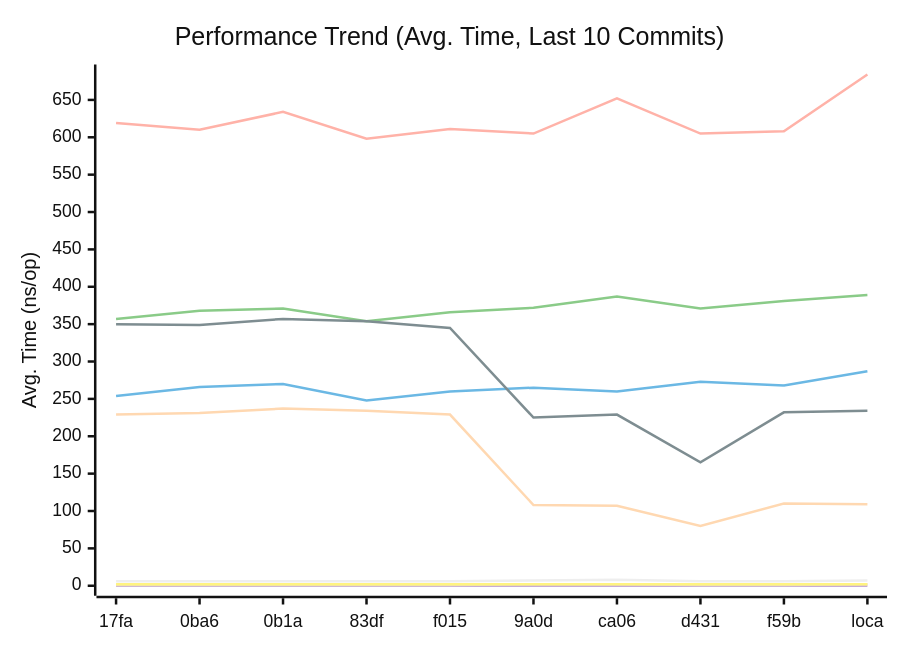
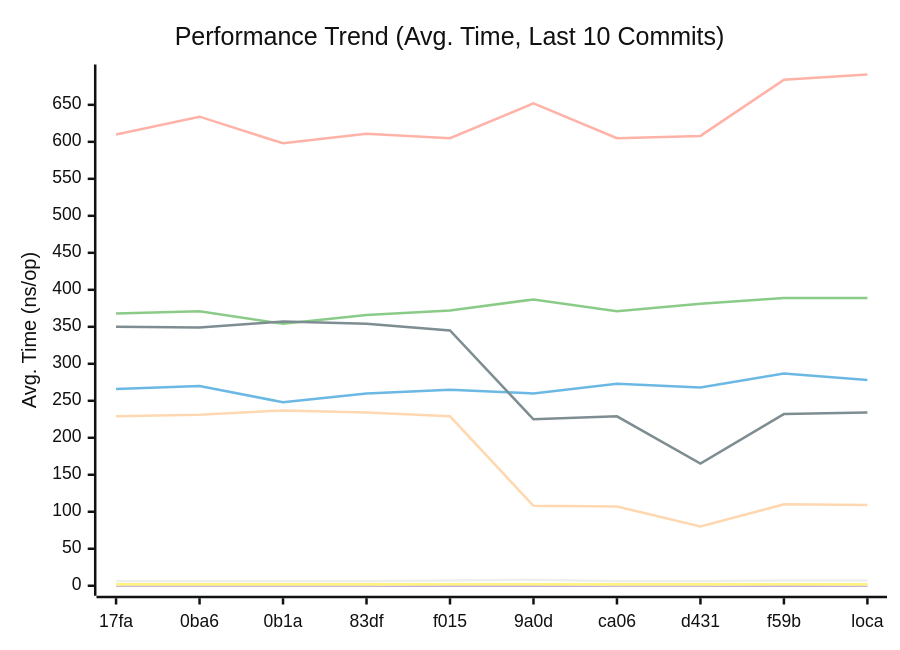
Before and after one commit to alsotoes/momo: the first of 3 diagrams in docs/PERFORMANCE.md, drawn with Mermaid (neutral theme). The commit also changed other lines of this file and 15 other files, not shown here.

````diff
--- a/docs/PERFORMANCE.md
+++ b/docs/PERFORMANCE.md
@@ -80,16 +81,16 @@
 ```mermaid
 xychart-beta
     title "Performance Trend (Avg. Time, Last 10 Commits)"
     x-axis "Commit"
     y-axis "Avg. Time (ns/op)"
     x-axis [17fa,0ba6,0b1a,83df,f015,9a0d,ca06,d431,f59b,loca]
-    line "CheckMetricsAndSwap" [6,6,6,6,6,7,8,6,6,7]
-    line "CrushOptimized" [254,266,270,248,260,265,260,273,268,287]
-    line "CrushOriginal" [357,368,371,354,366,372,387,371,381,389]
+    line "CheckMetricsAndSwap" [6,6,6,6,7,8,6,6,7,7]
+    line "CrushOptimized" [266,270,248,260,265,260,273,268,287,278]
+    line "CrushOriginal" [368,371,354,366,372,387,371,381,389,389]
     line "IndexDirectTracking" [0,0,0,0,0,0,0,0,0,0]
-    line "IndexSearch" [1,1,1,1,1,2,2,1,1,2]
-    line "LoadGlobalConfig" [619,610,634,598,611,605,652,605,608,684]
+    line "IndexSearch" [1,1,1,1,2,2,1,1,2,1]
+    line "LoadGlobalConfig" [610,634,598,611,605,652,605,608,684,691]
     line "PadString" [2,2,2,2,2,2,2,2,2,2]
     line "ParseReplicationOrder_NoPrealloc" [350,349,357,354,345,225,229,165,232,234]
     line "ParseReplicationOrder_Prealloc" [229,231,237,234,229,108,107,80,110,109]
 ```
````
